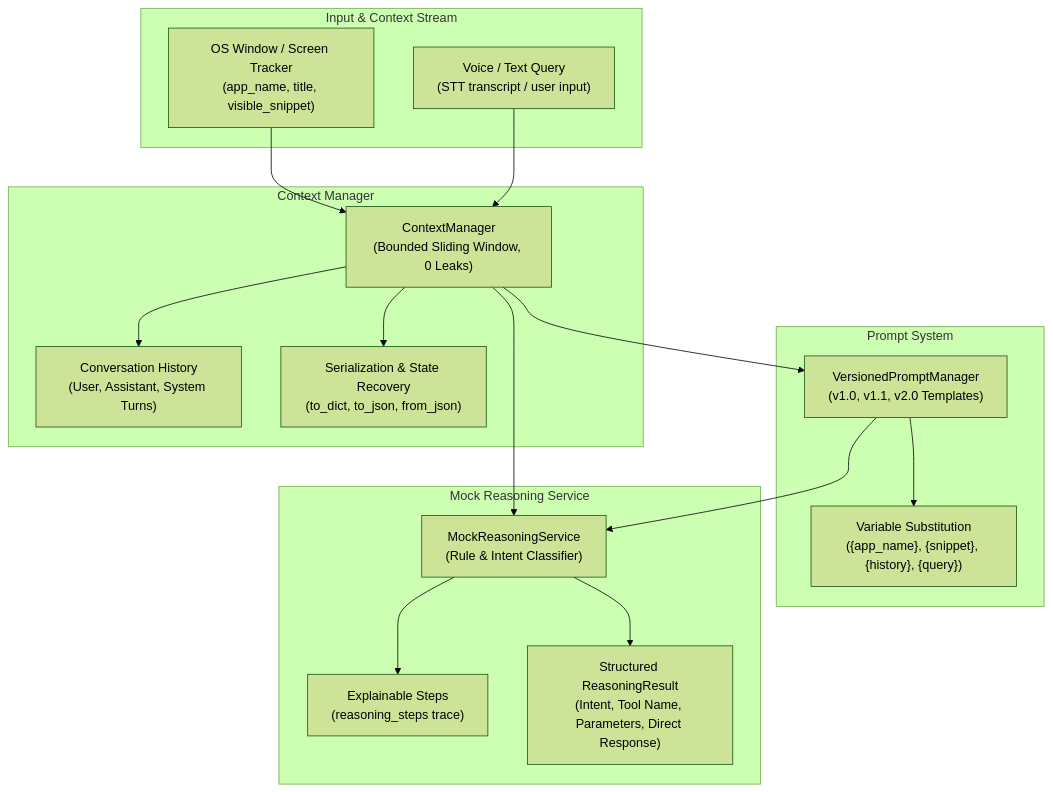
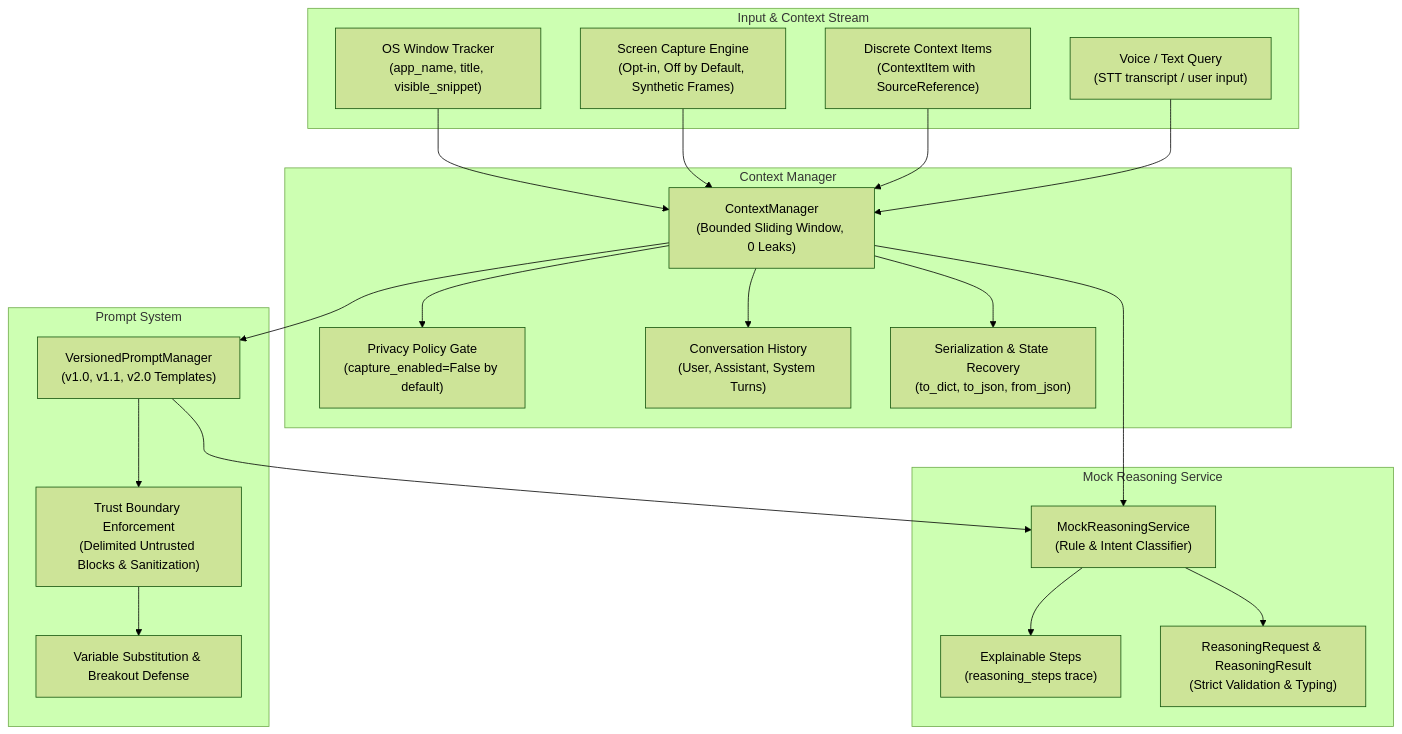
The diagram in packages/context_reasoning/README.md (Tony-chopper1/SDE-9), drawn with Mermaid (forest theme) before and after one commit. The commit also changed other lines of this file and 7 other files, not shown here.

Commit message:
feat(context): add missing schemas, synthetic frames, injection defense, and validation tests

````diff
--- a/packages/context_reasoning/README.md
+++ b/packages/context_reasoning/README.md
@@ -9,35 +9,43 @@
 ```mermaid
 flowchart TD
     subgraph InputContext["Input & Context Stream"]
-        Win["OS Window / Screen Tracker\n(app_name, title, visible_snippet)"]
+        Win["OS Window Tracker\n(app_name, title, visible_snippet)"]
+        Screen["Screen Capture Engine\n(Opt-in, Off by Default, Synthetic Frames)"]
         Query["Voice / Text Query\n(STT transcript / user input)"]
+        Items["Discrete Context Items\n(ContextItem with SourceReference)"]
     end
 
     subgraph ContextEngine["Context Manager"]
         CM["ContextManager\n(Bounded Sliding Window, 0 Leaks)"]
+        Privacy["Privacy Policy Gate\n(capture_enabled=False by default)"]
         History["Conversation History\n(User, Assistant, System Turns)"]
         Serial["Serialization & State Recovery\n(to_dict, to_json, from_json)"]
+        CM --> Privacy
         CM --> History
         CM --> Serial
     end
 
     subgraph PromptEngine["Prompt System"]
         PM["VersionedPromptManager\n(v1.0, v1.1, v2.0 Templates)"]
-        Inject["Variable Substitution\n({app_name}, {snippet}, {history}, {query})"]
-        PM --> Inject
+        Trust["Trust Boundary Enforcement\n(Delimited Untrusted Blocks & Sanitization)"]
+        Inject["Variable Substitution & Breakout Defense"]
+        PM --> Trust
+        Trust --> Inject
     end
 
     subgraph DecisionEngine["Mock Reasoning Service"]
         Reasoner["MockReasoningService\n(Rule & Intent Classifier)"]
         Explain["Explainable Steps\n(reasoning_steps trace)"]
-        Plan["Structured ReasoningResult\n(Intent, Tool Name, Parameters, Direct Response)"]
+        Req["ReasoningRequest & ReasoningResult\n(Strict Validation & Typing)"]
         Reasoner --> Explain
-        Reasoner --> Plan
+        Reasoner --> Req
     end
 
     Win --> CM
+    Screen --> CM
+    Items --> CM
     Query --> CM
     CM --> PM
     CM --> Reasoner
     PM --> Reasoner
 ```
````
